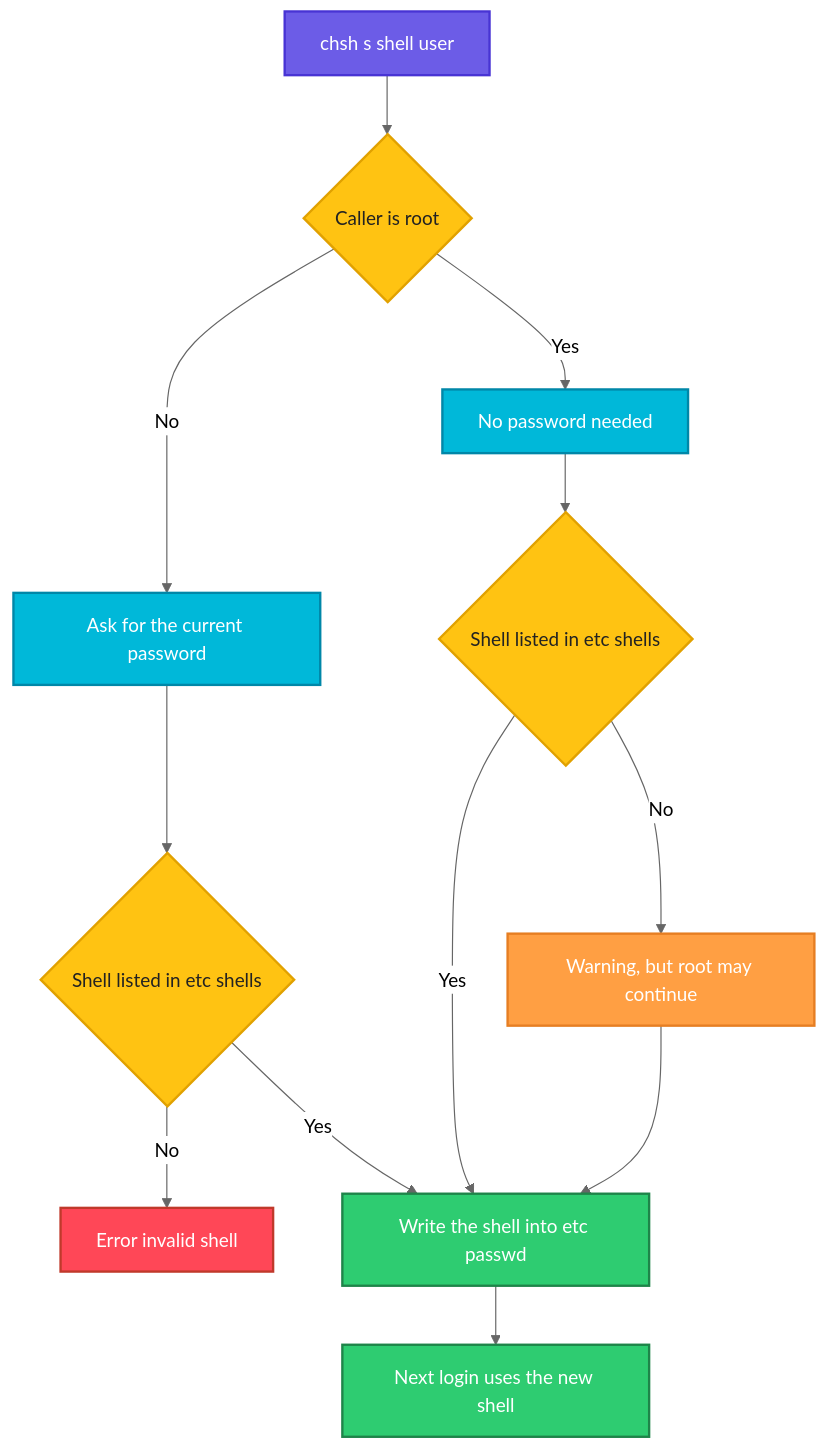
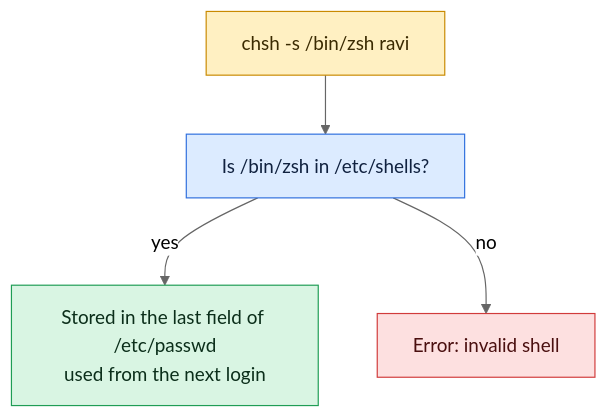
The diagram in linux/user-management/chsh.md (codeKerdosTech/DevOps-Documentation), drawn with Mermaid (neutral theme) before and after one commit. The commit also changed other lines of this file and 165 other files, not shown here.

Commit message:
updated diagrams in linux

````diff
--- a/linux/user-management/chsh.md
+++ b/linux/user-management/chsh.md
@@ -32,27 +32,15 @@
 ```mermaid
 flowchart TD
-    A[chsh s shell user] --> B{Caller is root}
-    B -->|No| C[Ask for the current password]
-    B -->|Yes| D[No password needed]
-    C --> E{Shell listed in etc shells}
-    D --> F{Shell listed in etc shells}
-    E -->|No| G[Error invalid shell]
-    E -->|Yes| H[Write the shell into etc passwd]
-    F -->|No| I[Warning, but root may continue]
-    F -->|Yes| H
-    I --> H
-    H --> J[Next login uses the new shell]
-    classDef start fill:#6C5CE7,stroke:#4834D4,stroke-width:2px,color:#fff
-    classDef proc fill:#00B8D9,stroke:#0087A8,stroke-width:2px,color:#fff
-    classDef dec fill:#FFC312,stroke:#E1A100,stroke-width:2px,color:#222
-    classDef ok fill:#2ECC71,stroke:#1E8449,stroke-width:2px,color:#fff
-    classDef err fill:#FF4757,stroke:#C0392B,stroke-width:2px,color:#fff
-    classDef out fill:#FD79A8,stroke:#E84393,stroke-width:2px,color:#fff
-    classDef alt fill:#FF9F43,stroke:#E67E22,stroke-width:2px,color:#fff
-    class A start
-    class B,E,F dec
-    class C,D proc
-    class G err
-    class I alt
-    class H,J ok
+    c1[chsh -s /bin/zsh ravi] --> i1[Is /bin/zsh in /etc/shells?]
+    i1 -->|yes| o1[Stored in the last field of /etc/passwd<br/>used from the next login]
+    i1 -->|no| x1[Error: invalid shell]
+    classDef inp fill:#DCEBFF,stroke:#2F6FDE,color:#10213F
+    classDef cmd fill:#FFF0C2,stroke:#C98A00,color:#3A2A00
+    classDef out fill:#D9F5E3,stroke:#1F9D55,color:#0B2E1A
+    classDef bad fill:#FDE0E0,stroke:#D13B3B,color:#4A0F0F
+    classDef note fill:#ECEFF3,stroke:#7B8794,color:#1F2933
+    class c1 cmd
+    class i1 inp
+    class o1 out
+    class x1 bad
 ```
````
